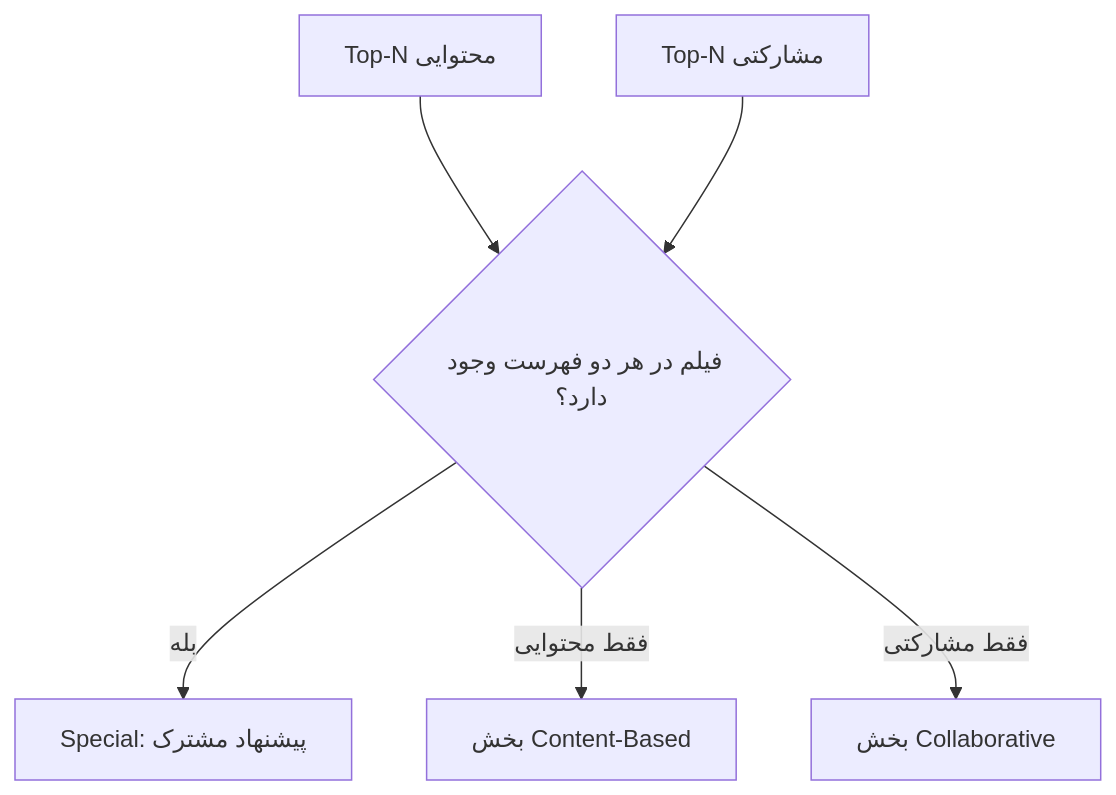
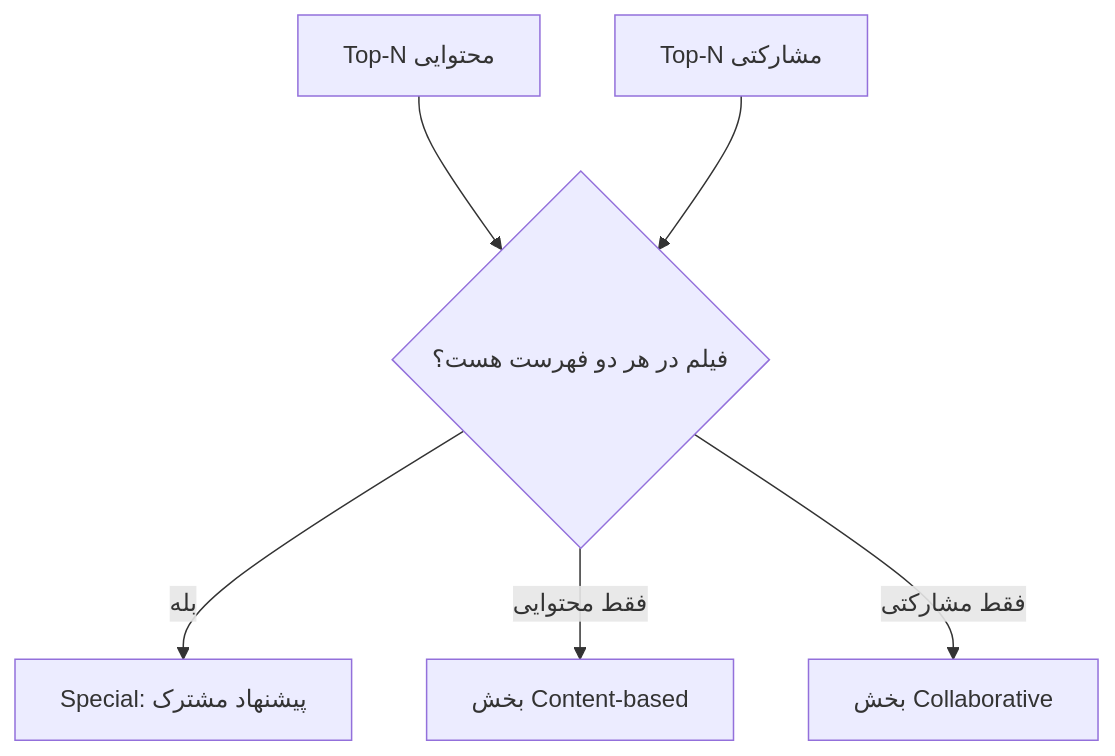
One commit to Hosein-imani/hybrid-recommendation-system changed the fourth of 4 diagrams in README.md. Above: the diagram before and after it, drawn with Mermaid. The commit also changed other lines of this file, not shown here.

````diff
--- a/README.md
+++ b/README.md
@@ -107,8 +372,8 @@
-```mermaid
+~~~mermaid
 flowchart TD
-    A[Top-N محتوایی] --> C{فیلم در هر دو فهرست وجود دارد؟}
+    A[Top-N محتوایی] --> C{فیلم در هر دو فهرست هست؟}
     B[Top-N مشارکتی] --> C
     C -->|بله| D[Special: پیشنهاد مشترک]
-    C -->|فقط محتوایی| E[بخش Content-Based]
+    C -->|فقط محتوایی| E[بخش Content-based]
     C -->|فقط مشارکتی| F[بخش Collaborative]
-```
+~~~
````
